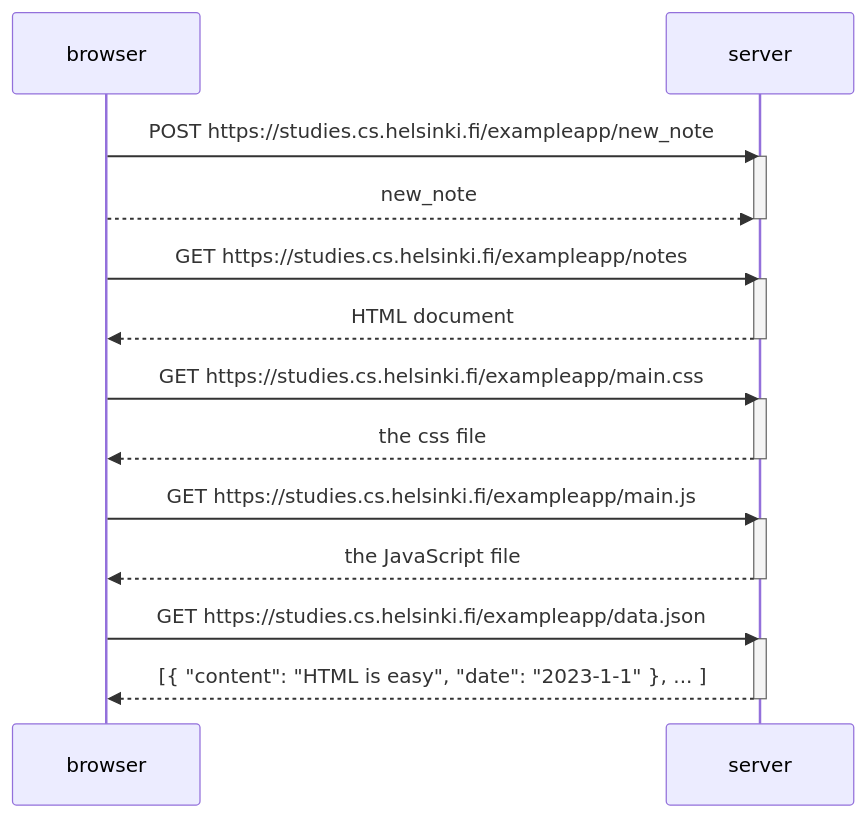
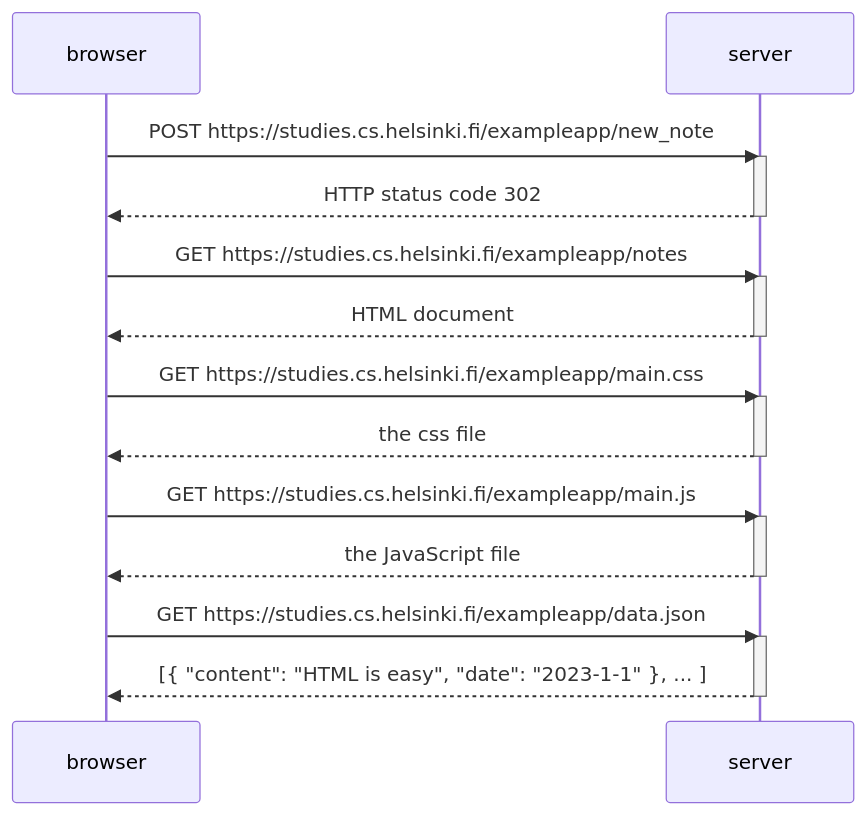
Before and after one commit to Nikita1Belov/part0: the diagram in exercise04.md, drawn with Mermaid.

````diff
--- a/exercise04.md
+++ b/exercise04.md
@@ -1,30 +1,30 @@
 ```mermaid
 sequenceDiagram
     participant browser
     participant server
 
     browser->>server: POST https://studies.cs.helsinki.fi/exampleapp/new_note
     activate server
-    browser-->>server: new_note
+    server-->>browser: HTTP status code 302
     deactivate server
 
     browser->>server: GET https://studies.cs.helsinki.fi/exampleapp/notes
     activate server
     server-->>browser: HTML document
     deactivate server
 
     browser->>server: GET https://studies.cs.helsinki.fi/exampleapp/main.css
     activate server
     server-->>browser: the css file
     deactivate server
 
     browser->>server: GET https://studies.cs.helsinki.fi/exampleapp/main.js
     activate server
     server-->>browser: the JavaScript file
     deactivate server
 
     browser->>server: GET https://studies.cs.helsinki.fi/exampleapp/data.json
     activate server
     server-->>browser: [{ "content": "HTML is easy", "date": "2023-1-1" }, ... ]
     deactivate server
 ```
````
